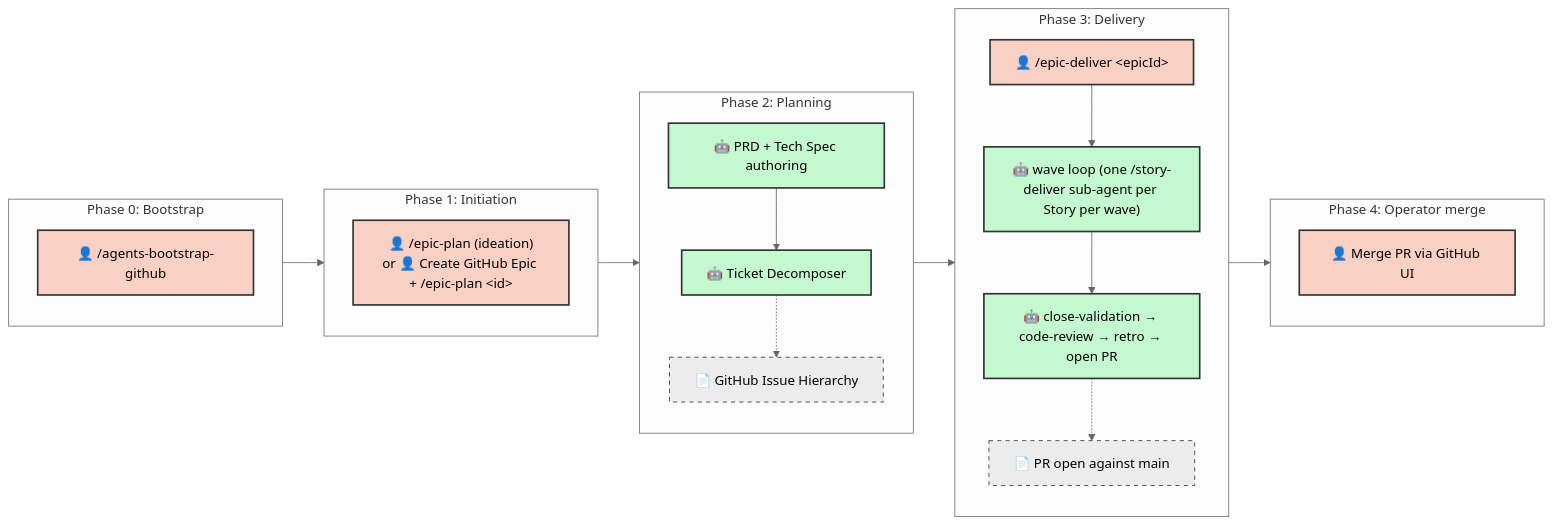
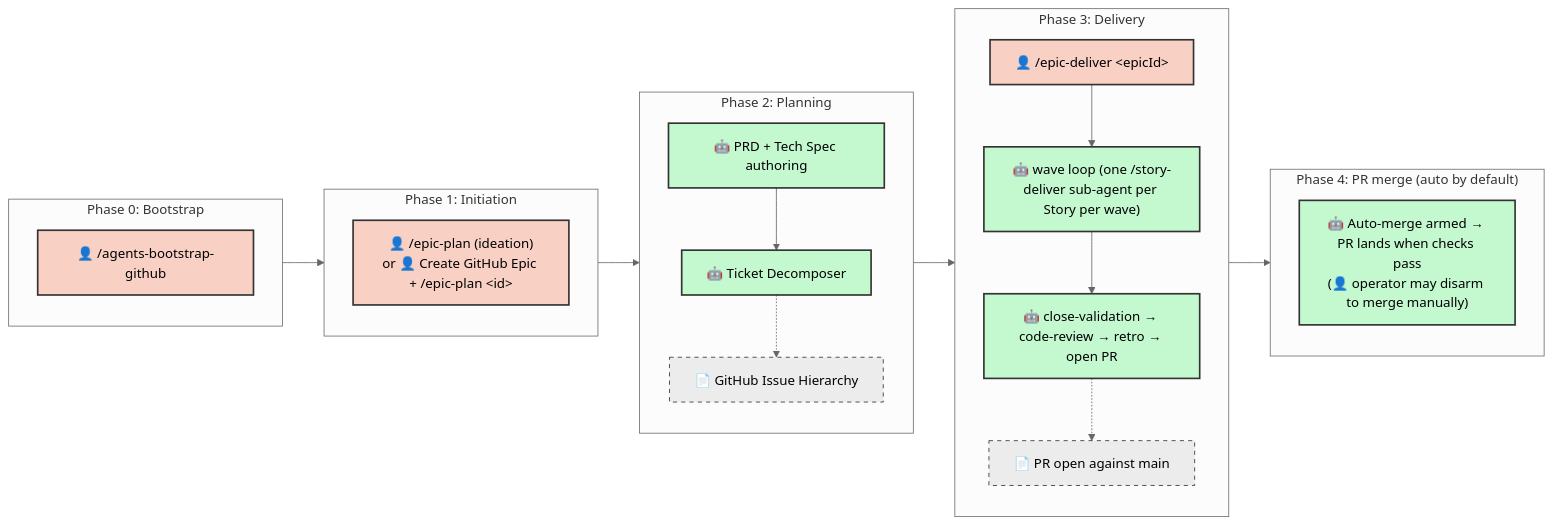
One commit to chrisbarrantes/mandrel changed the diagram in SDLC.md. Above: the diagram before and after it, drawn with Mermaid (neutral theme). The commit also changed other lines of this file, not shown here.

Commit message:
Auto-update from main [skip ci]

````diff
--- a/SDLC.md
+++ b/SDLC.md
@@ -122,43 +135,43 @@
 ```mermaid
 graph LR
     classDef manual fill:#f9d0c4,stroke:#333,stroke-width:2px,color:#000;
     classDef agentic fill:#c4f9d0,stroke:#333,stroke-width:2px,color:#000;
     classDef artifact fill:#ececec,stroke:#333,stroke-width:1px,stroke-dasharray: 5 5,color:#000;
 
     subgraph Phase0 ["Phase 0: Bootstrap"]
         direction TB
         Z["👤 /agents-bootstrap-github"]:::manual
     end
 
     subgraph Phase1 ["Phase 1: Initiation"]
         direction TB
         A["👤 /epic-plan (ideation)<br/>or 👤 Create GitHub Epic + /epic-plan &lt;id&gt;"]:::manual
     end
 
     subgraph Phase2 ["Phase 2: Planning"]
         direction TB
         C["🤖 PRD + Tech Spec authoring"]:::agentic
         D["🤖 Ticket Decomposer"]:::agentic
         C --> D
         D -.-> D_Art["📄 GitHub Issue Hierarchy"]:::artifact
     end
 
     subgraph Phase3 ["Phase 3: Delivery"]
         direction TB
         E["👤 /epic-deliver &lt;epicId&gt;"]:::manual
         F["🤖 wave loop (one /story-deliver sub-agent per Story per wave)"]:::agentic
         G["🤖 close-validation → code-review → retro → open PR"]:::agentic
         E --> F --> G
         G -.-> G_Art["📄 PR open against main"]:::artifact
     end
 
-    subgraph Phase4 ["Phase 4: Operator merge"]
+    subgraph Phase4 ["Phase 4: PR merge (auto by default)"]
         direction TB
-        H["👤 Merge PR via GitHub UI"]:::manual
+        H["🤖 Auto-merge armed → PR lands when checks pass<br/>(👤 operator may disarm to merge manually)"]:::agentic
     end
 
     Z --> A
     A --> C
     D --> E
     G --> H
 ```
````
